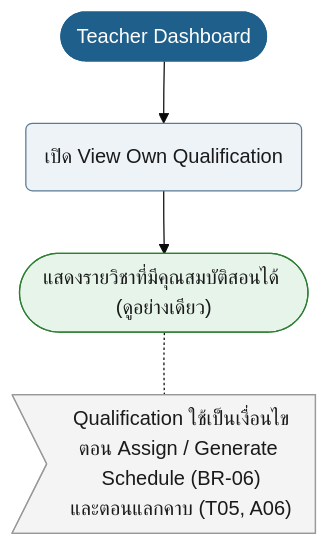
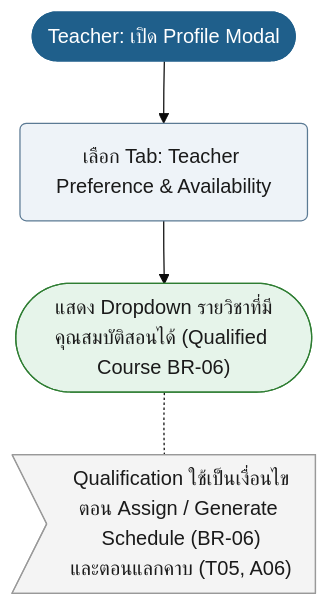
Before and after one commit to synthesixer/AcadOS: diagram 16 of 49 in doc/diagram/Userflow_diagram.md, drawn with Mermaid (base theme). The commit also changed other lines of this file and 30 other files, not shown here.

````diff
--- a/doc/diagram/Userflow_diagram.md
+++ b/doc/diagram/Userflow_diagram.md
@@ -559,16 +548,16 @@
 ```mermaid
 flowchart TD
-    n1(["Teacher Dashboard"]):::start
-    n2("เปิด View Own Qualification"):::act
-    n3(["แสดงรายวิชาที่มีคุณสมบัติสอนได้ (ดูอย่างเดียว)"]):::ok
+    n1(["Teacher: เปิด Profile Modal"]):::start
+    n2("เลือก Tab: Teacher Preference & Availability"):::act
+    n3(["แสดง Dropdown รายวิชาที่มีคุณสมบัติสอนได้ (Qualified Course BR-06)"]):::ok
     n1 --> n2
     n2 --> n3
     n4>"Qualification ใช้เป็นเงื่อนไขตอน Assign / Generate Schedule (BR-06)<br/>และตอนแลกคาบ (T05, A06)"]:::note
     n3 -.- n4
     classDef start fill:#1F5F8B,stroke:#1F5F8B,color:#fff
     classDef act fill:#EEF3F8,stroke:#5B7A94,color:#1a1a1a
     classDef dec fill:#FFF6E0,stroke:#5B7A94,color:#1a1a1a
     classDef bad fill:#FCE8E6,stroke:#C0392B,color:#1a1a1a
     classDef ok fill:#E6F4EA,stroke:#2E7D32,color:#1a1a1a
     classDef note fill:#F4F4F4,stroke:#999,color:#1a1a1a
 ```
````
